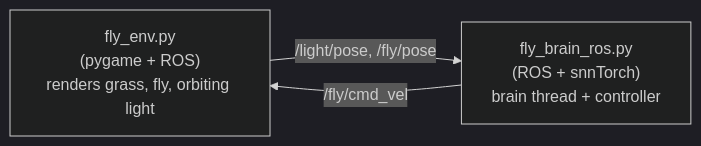
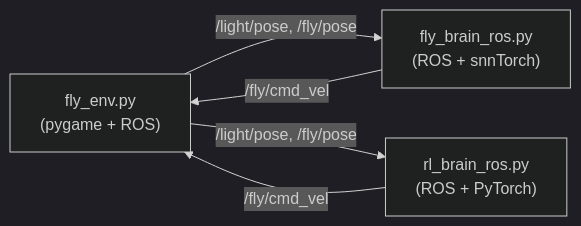
Before and after one commit to Libra-missing/Fruit-fly-light-pursuit-by-Fruit-fly-brain-modeling-: the diagram in README.md, drawn with Mermaid (dark theme). The commit also changed other lines of this file, not shown here.

````diff
--- a/README.md
+++ b/README.md
@@ -48,8 +67,13 @@
 ```mermaid
 flowchart LR
-    ENV["fly_env.py<br/>(pygame + ROS)<br/>renders grass, fly, orbiting light"]
-    BRAIN["fly_brain_ros.py<br/>(ROS + snnTorch)<br/>brain thread + controller"]
+    ENV["fly_env.py<br/>(pygame + ROS)"]
+    
+    SNN["fly_brain_ros.py<br/>(ROS + snnTorch)"]
+    RL["rl_brain_ros.py<br/>(ROS + PyTorch)"]
 
-    ENV -- "/light/pose, /fly/pose" --> BRAIN
-    BRAIN -- "/fly/cmd_vel" --> ENV
+    ENV -- "/light/pose, /fly/pose" --> SNN
+    SNN -- "/fly/cmd_vel" --> ENV
+    
+    ENV -- "/light/pose, /fly/pose" --> RL
+    RL -- "/fly/cmd_vel" --> ENV
 ```
````
